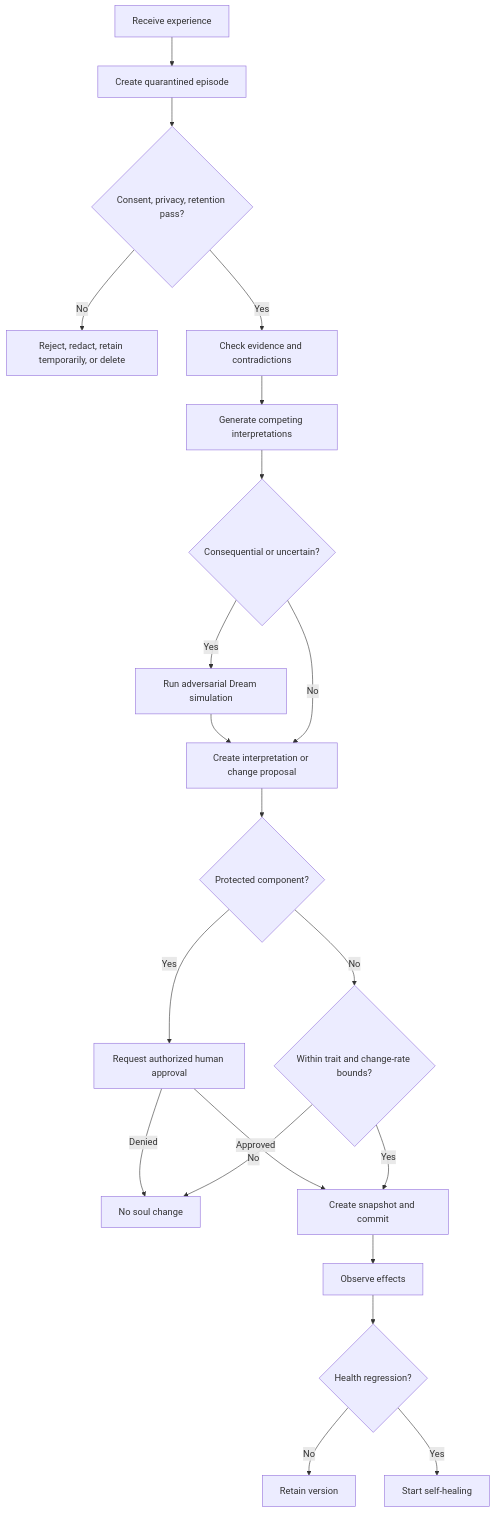
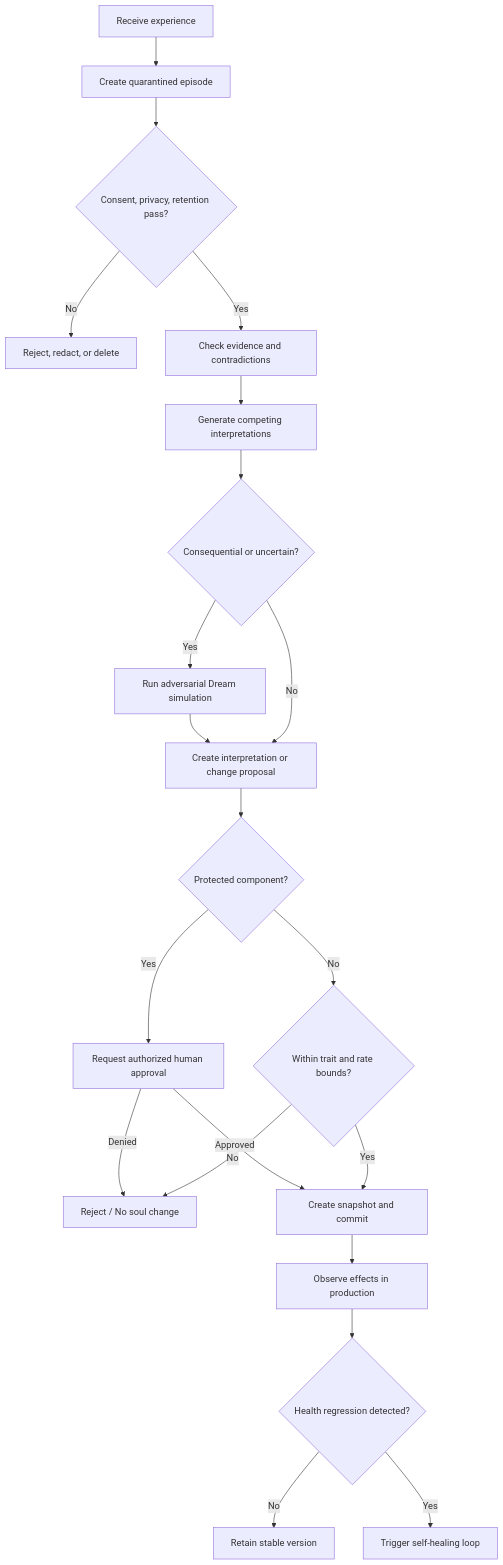
The second of 8 diagrams in docs/ARCHITECTURE.md (Azhonaras/soul-engine), drawn with Mermaid before and after one commit. The commit also changed other lines of this file and 32 other files, not shown here.

````diff
--- a/docs/ARCHITECTURE.md
+++ b/docs/ARCHITECTURE.md
@@ -76,23 +82,23 @@
 ```mermaid
 flowchart TD
-    I[Receive experience] --> Q[Create quarantined episode]
-    Q --> P{Consent, privacy, retention pass?}
-    P -- No --> X[Reject, redact, retain temporarily, or delete]
-    P -- Yes --> E[Check evidence and contradictions]
-    E --> R[Generate competing interpretations]
-    R --> C{Consequential or uncertain?}
-    C -- Yes --> D[Run adversarial Dream simulation]
-    D --> K[Create interpretation or change proposal]
-    C -- No --> K
-    K --> B{Protected component?}
-    B -- Yes --> A[Request authorized human approval]
-    A -- Denied --> N[No soul change]
-    A -- Approved --> W[Create snapshot and commit]
-    B -- No --> T{Within trait and change-rate bounds?}
-    T -- No --> N
-    T -- Yes --> W
-    W --> O[Observe effects]
-    O --> H{Health regression?}
-    H -- No --> Z[Retain version]
-    H -- Yes --> S[Start self-healing]
+    I["Receive experience"] --> Q["Create quarantined episode"]
+    Q --> P{"Consent, privacy, retention pass?"}
+    P -->|No| X["Reject, redact, or delete"]
+    P -->|Yes| E["Check evidence and contradictions"]
+    E --> R["Generate competing interpretations"]
+    R --> C{"Consequential or uncertain?"}
+    C -->|Yes| D["Run adversarial Dream simulation"]
+    D --> K["Create interpretation or change proposal"]
+    C -->|No| K
+    K --> B{"Protected component?"}
+    B -->|Yes| A["Request authorized human approval"]
+    A -->|Denied| N["Reject / No soul change"]
+    A -->|Approved| W["Create snapshot and commit"]
+    B -->|No| T{"Within trait and rate bounds?"}
+    T -->|No| N
+    T -->|Yes| W
+    W --> O["Observe effects in production"]
+    O --> H{"Health regression detected?"}
+    H -->|No| Z["Retain stable version"]
+    H -->|Yes| S["Trigger self-healing loop"]
 ```
````
